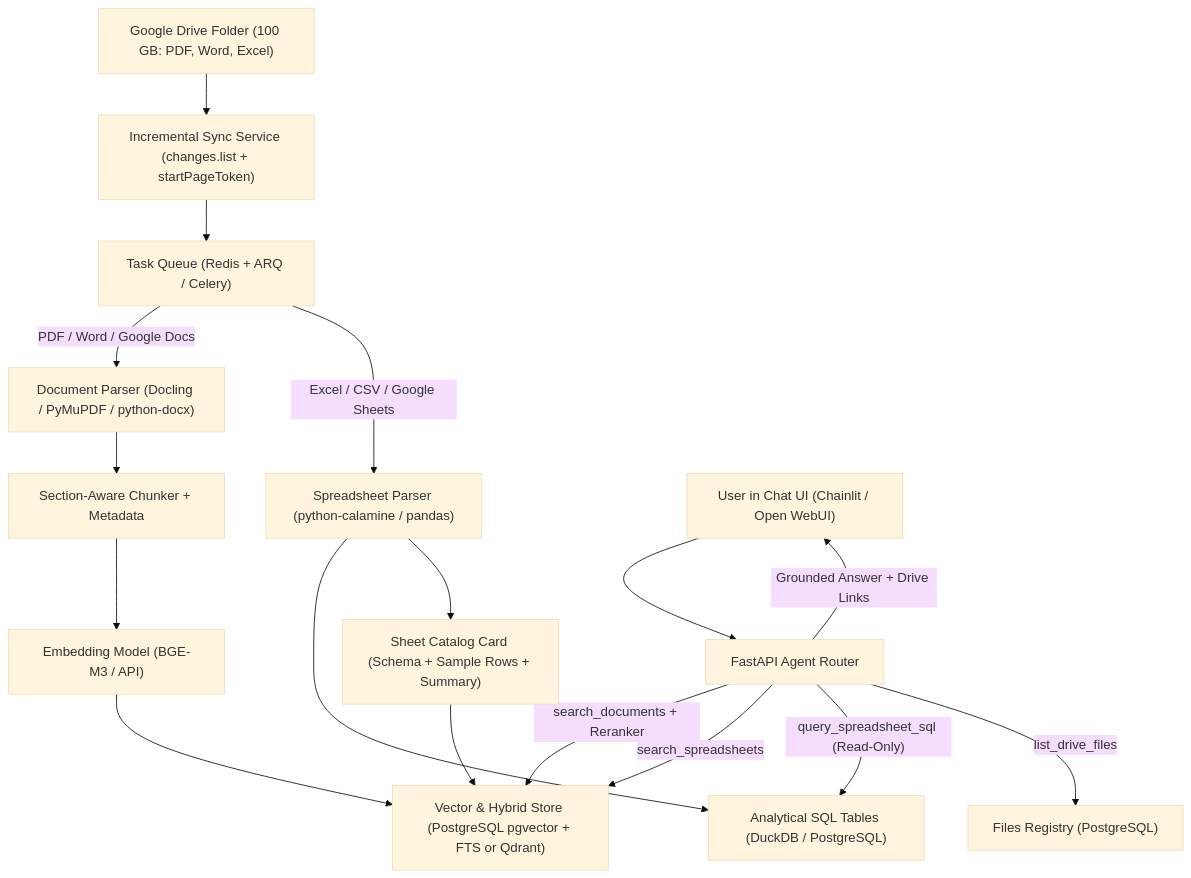
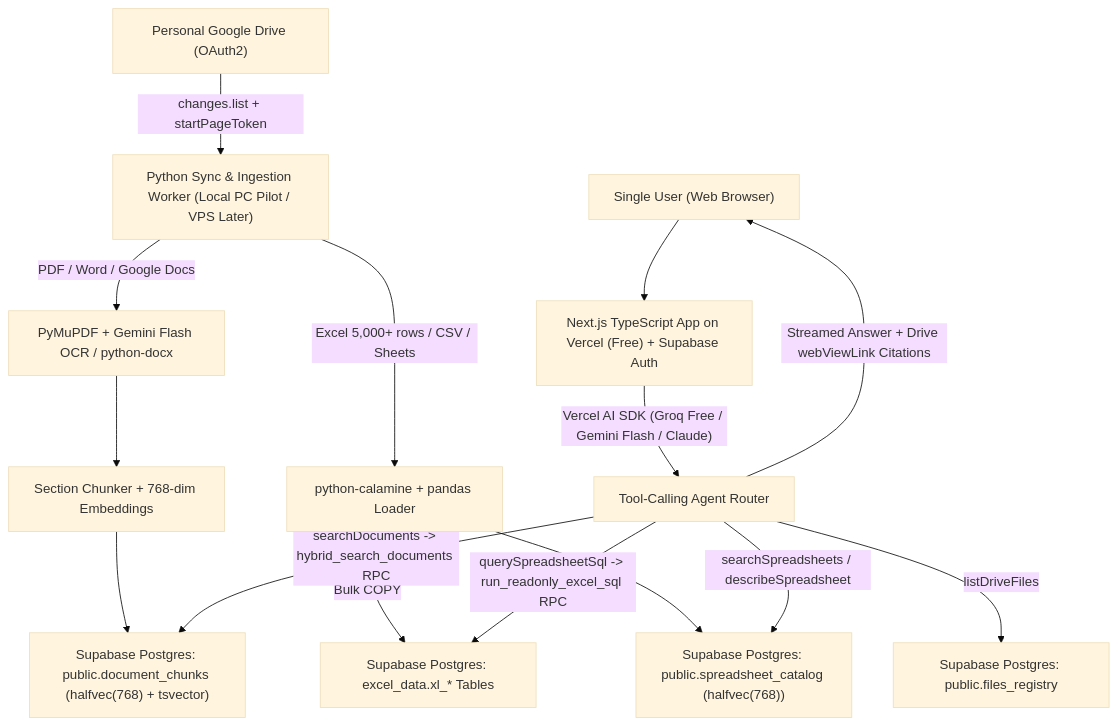
One commit to ajeonsu/PCC-AI-assistant changed the diagram in rag_system_plan.md. Above: the diagram before and after it, drawn with Mermaid (base theme). The commit also changed other lines of this file and 3 other files, not shown here.

Commit message:
Use pgvector halfvec(768) for 50% smaller storage and improve OAuth CLI output

````diff
--- a/rag_system_plan.md
+++ b/rag_system_plan.md
@@ -20,22 +25,21 @@
 ```mermaid
 flowchart TD
-    GD["Google Drive Folder (100 GB: PDF, Word, Excel)"] --> SYNC["Incremental Sync Service (changes.list + startPageToken)"]
-    SYNC --> QUEUE["Task Queue (Redis + ARQ / Celery)"]
+    GD["Personal Google Drive (OAuth2)"] -->|"changes.list + startPageToken"| PY["Python Sync & Ingestion Worker (Local PC Pilot / VPS Later)"]
 
-    QUEUE -->|"PDF / Word / Google Docs"| PARSE_DOC["Document Parser (Docling / PyMuPDF / python-docx)"]
-    PARSE_DOC --> CHUNK["Section-Aware Chunker + Metadata"]
-    CHUNK --> EMB_DOC["Embedding Model (BGE-M3 / API)"]
-    EMB_DOC --> VDB["Vector & Hybrid Store (PostgreSQL pgvector + FTS or Qdrant)"]
+    PY -->|"PDF / Word / Google Docs"| PARSE_DOC["PyMuPDF + Gemini Flash OCR / python-docx"]
+    PARSE_DOC --> CHUNK["Section Chunker + 768-dim Embeddings"]
+    CHUNK --> SUPA_DOCS["Supabase Postgres: public.document_chunks (halfvec(768) + tsvector)"]
 
-    QUEUE -->|"Excel / CSV / Google Sheets"| PARSE_XL["Spreadsheet Parser (python-calamine / pandas)"]
-    PARSE_XL --> SQL_DB["Analytical SQL Tables (DuckDB / PostgreSQL)"]
-    PARSE_XL --> CAT_CARD["Sheet Catalog Card (Schema + Sample Rows + Summary)"]
-    CAT_CARD --> VDB
+    PY -->|"Excel 5,000+ rows / CSV / Sheets"| PARSE_XL["python-calamine + pandas Loader"]
+    PARSE_XL -->|"Bulk COPY"| SUPA_XL["Supabase Postgres: excel_data.xl_* Tables"]
+    PARSE_XL --> SUPA_CAT["Supabase Postgres: public.spreadsheet_catalog (halfvec(768))"]
 
-    USER["User in Chat UI (Chainlit / Open WebUI)"] --> API["FastAPI Agent Router"]
-    API -->|"search_documents + Reranker"| VDB
-    API -->|"search_spreadsheets"| VDB
-    API -->|"query_spreadsheet_sql (Read-Only)"| SQL_DB
-    API -->|"list_drive_files"| REG["Files Registry (PostgreSQL)"]
-    API -->|"Grounded Answer + Drive Links"| USER
+    USER["Single User (Web Browser)"] --> NEXT["Next.js TypeScript App on Vercel (Free) + Supabase Auth"]
+    NEXT -->|"Vercel AI SDK (Groq Free / Gemini Flash / Claude)"| AGENT["Tool-Calling Agent Router"]
+
+    AGENT -->|"searchDocuments -> hybrid_search_documents RPC"| SUPA_DOCS
+    AGENT -->|"searchSpreadsheets / describeSpreadsheet"| SUPA_CAT
+    AGENT -->|"querySpreadsheetSql -> run_readonly_excel_sql RPC"| SUPA_XL
+    AGENT -->|"listDriveFiles"| SUPA_REG["Supabase Postgres: public.files_registry"]
+    AGENT -->|"Streamed Answer + Drive webViewLink Citations"| USER
 ```
````
